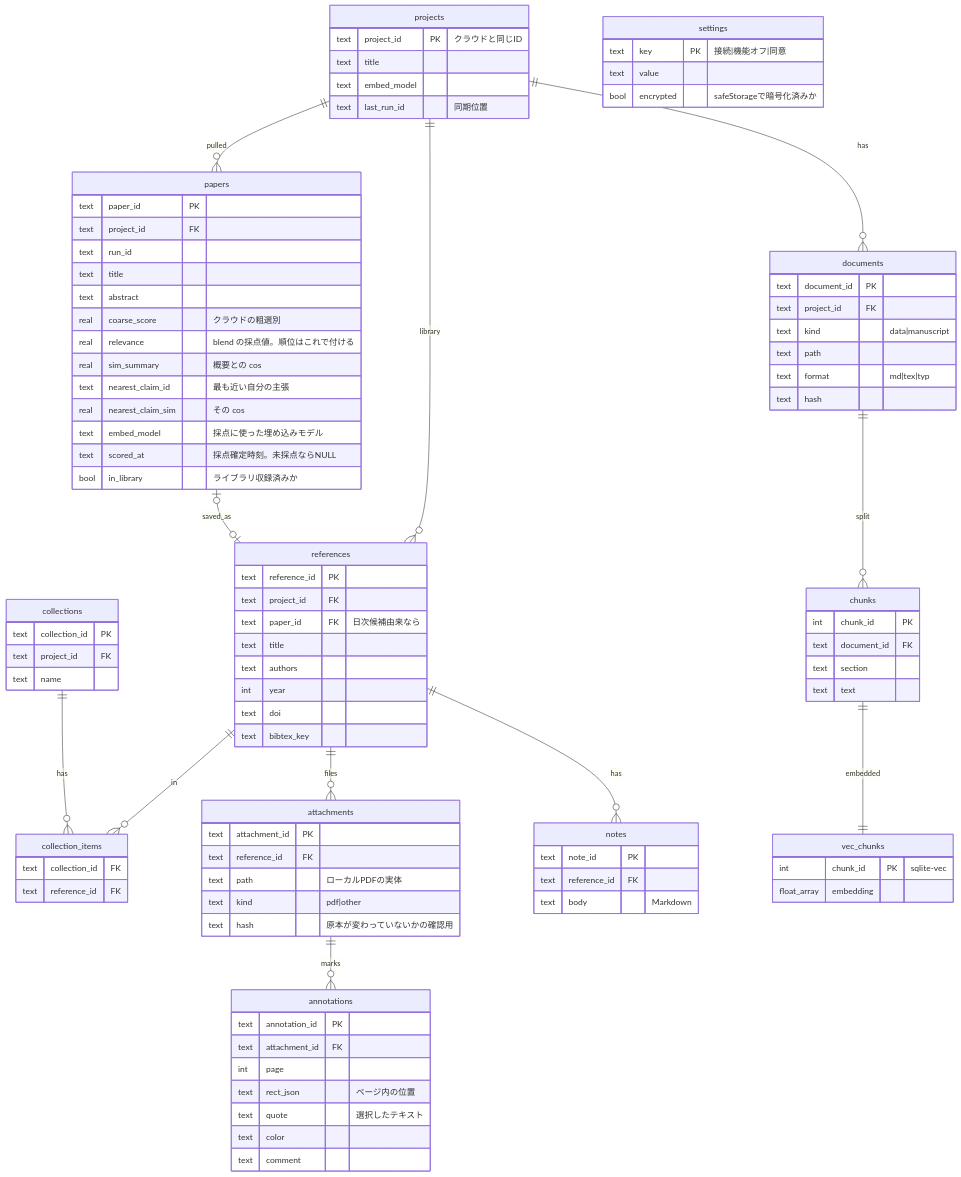
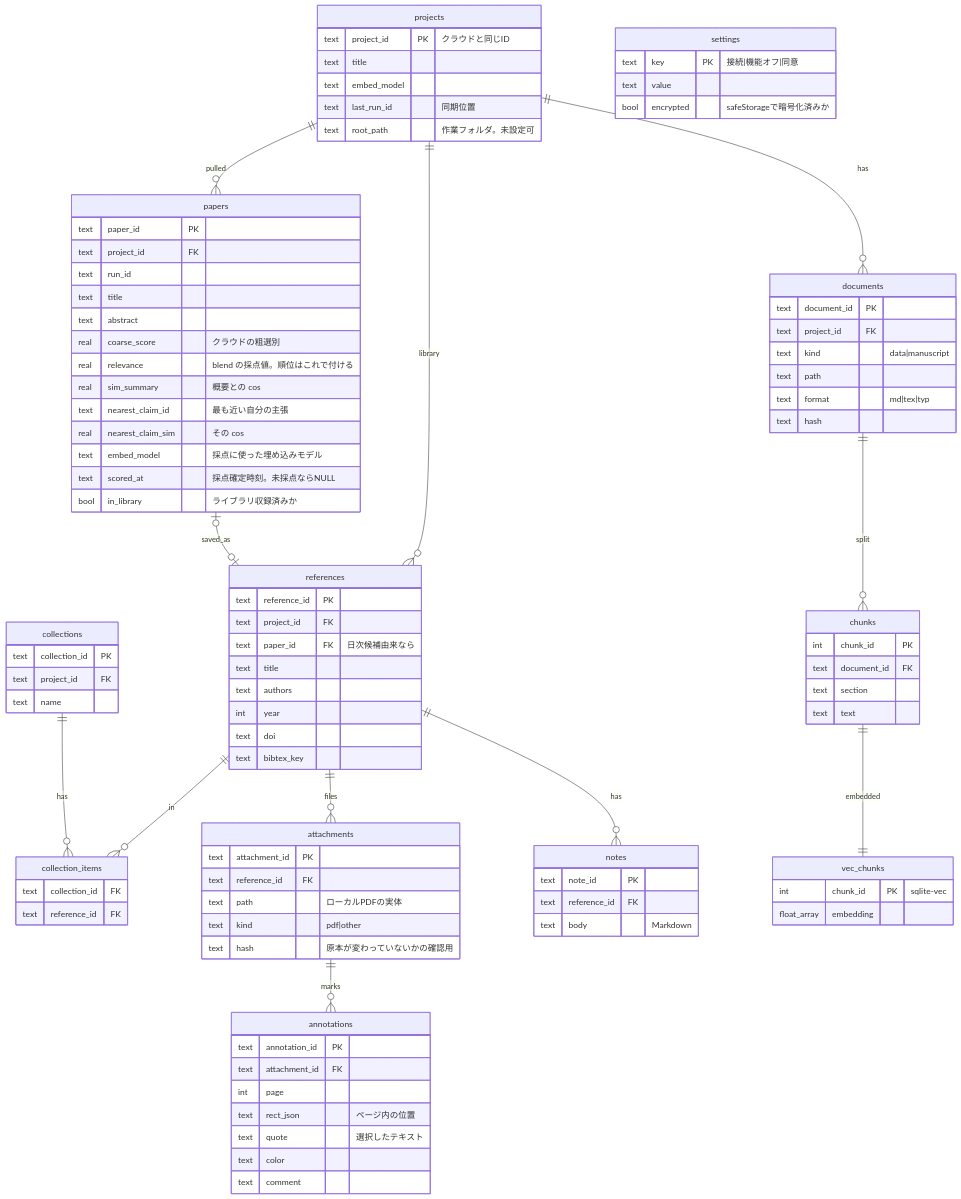
Before and after one commit to uzak0209/AI-Research: the second of 2 diagrams in docs/er-diagram.md, drawn with Mermaid. The commit also changed other lines of this file and 16 other files, not shown here.

```diff
--- a/docs/er-diagram.md
+++ b/docs/er-diagram.md
@@ -91,6 +91,7 @@
         text title
         text embed_model
         text last_run_id "同期位置"
+        text root_path "作業フォルダ。未設定可"
     }
     papers {
         text paper_id PK
```
